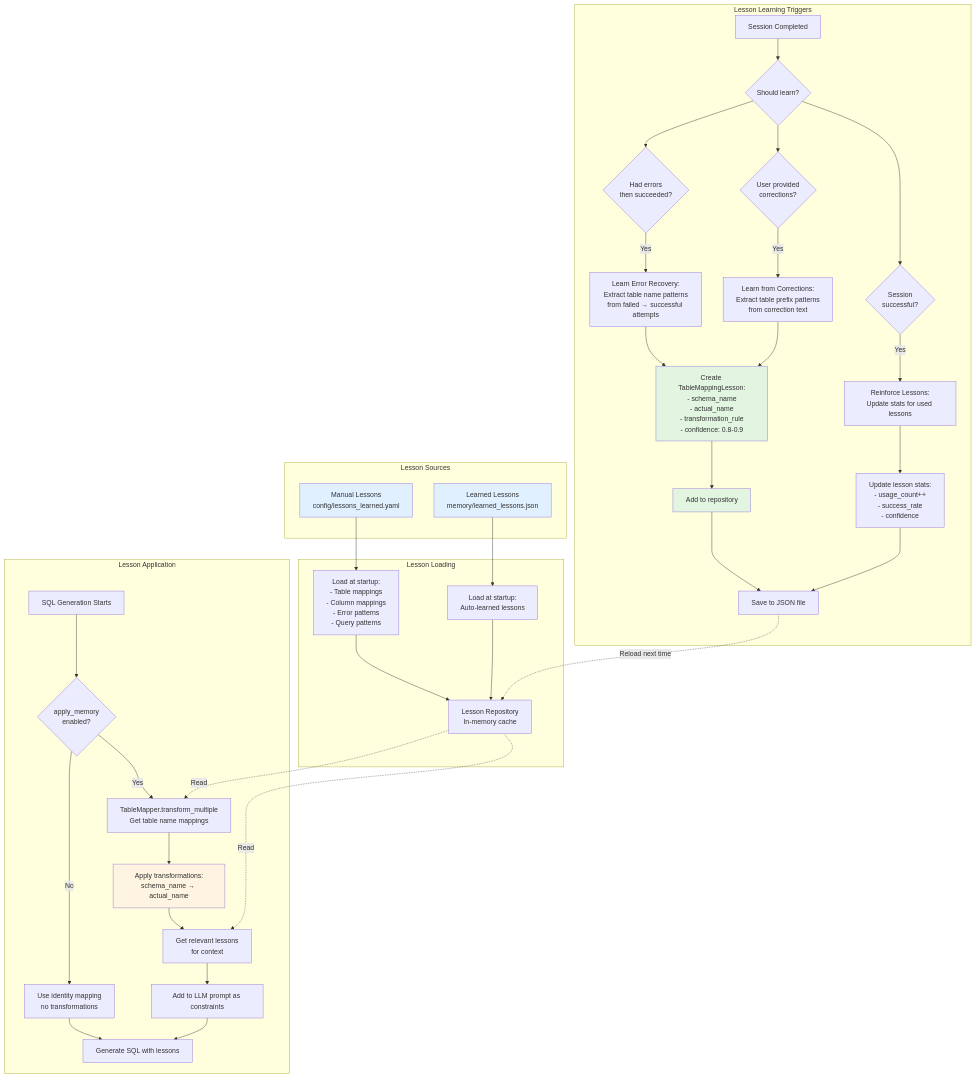
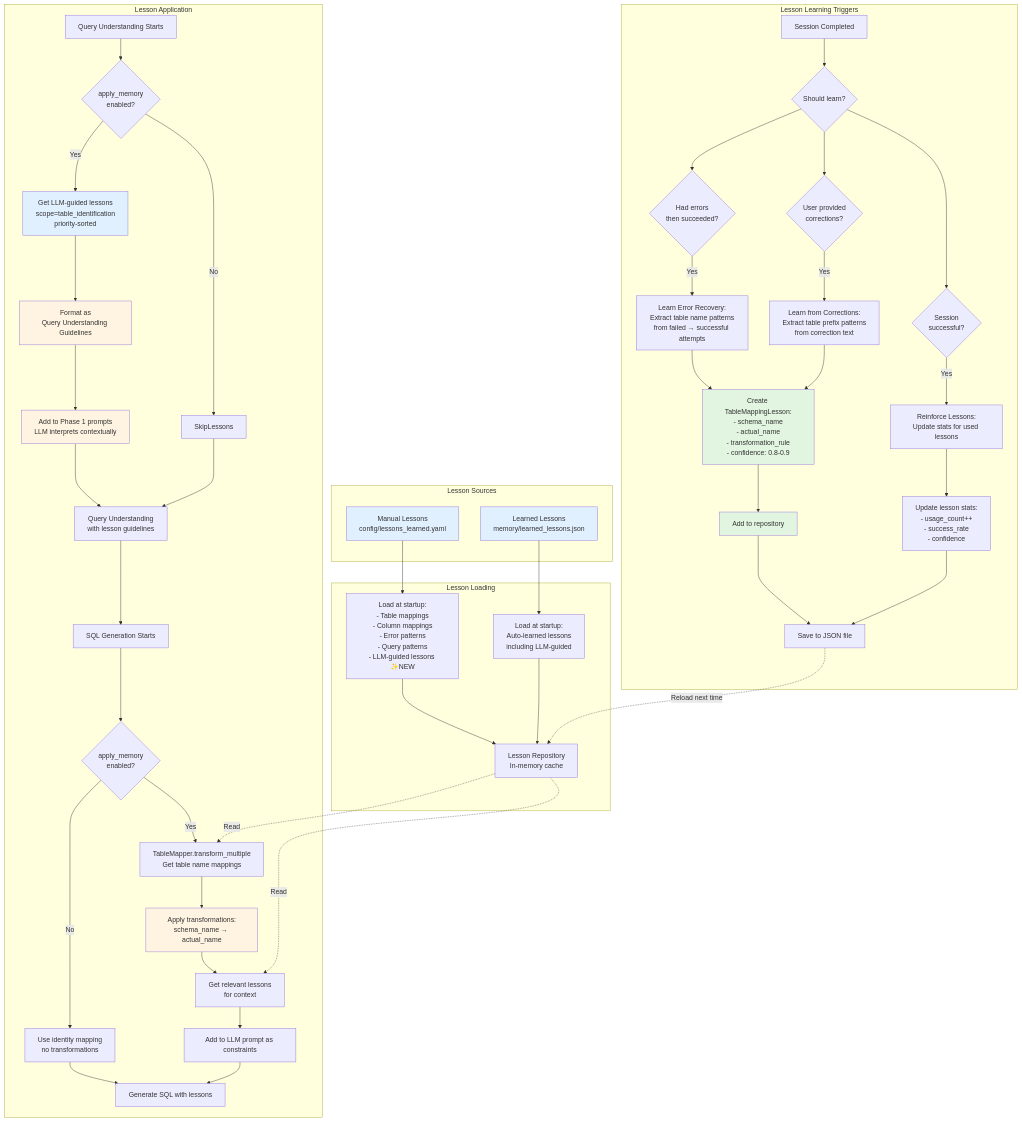
The second of 3 diagrams in WORKFLOW_DIAGRAMS.md (hjf1997/text2sql), drawn with Mermaid before and after one commit. The commit also changed other lines of this file and 22 other files, not shown here.

Commit message:
LangGraph migration and LLM-guided lesson

````diff
--- a/WORKFLOW_DIAGRAMS.md
+++ b/WORKFLOW_DIAGRAMS.md
@@ -141,55 +143,67 @@
 ```mermaid
 flowchart TD
     subgraph Sources["Lesson Sources"]
         Manual[Manual Lessons<br/>config/lessons_learned.yaml]
         Learned[Learned Lessons<br/>memory/learned_lessons.json]
     end
 
     subgraph Loading["Lesson Loading"]
-        Manual --> LoadManual[Load at startup:<br/>- Table mappings<br/>- Column mappings<br/>- Error patterns<br/>- Query patterns]
-        Learned --> LoadLearned[Load at startup:<br/>Auto-learned lessons]
+        Manual --> LoadManual[Load at startup:<br/>- Table mappings<br/>- Column mappings<br/>- Error patterns<br/>- Query patterns<br/>- LLM-guided lessons ✨NEW]
+        Learned --> LoadLearned[Load at startup:<br/>Auto-learned lessons<br/>including LLM-guided]
         LoadManual --> Repo[Lesson Repository<br/>In-memory cache]
         LoadLearned --> Repo
     end
 
     subgraph Application["Lesson Application"]
-        SQLGenStart[SQL Generation Starts] --> CheckMemory{apply_memory<br/>enabled?}
+        QUStart[Query Understanding Starts] --> CheckQUMemory{apply_memory<br/>enabled?}
+        CheckQUMemory -->|Yes| GetLLMGuided[Get LLM-guided lessons<br/>scope=table_identification<br/>priority-sorted]
+        GetLLMGuided --> FormatGuidelines[Format as<br/>Query Understanding Guidelines]
+        FormatGuidelines --> AddToQUPrompt[Add to Phase 1 prompts<br/>LLM interprets contextually]
+        CheckQUMemory -->|No| SkipLessons
+        AddToQUPrompt --> QUProcess[Query Understanding<br/>with lesson guidelines]
+        SkipLessons --> QUProcess
+
+        QUProcess --> SQLGenStart[SQL Generation Starts]
+        SQLGenStart --> CheckMemory{apply_memory<br/>enabled?}
         CheckMemory -->|Yes| GetMapping[TableMapper.transform_multiple<br/>Get table name mappings]
         GetMapping --> ApplyTransform[Apply transformations:<br/>schema_name → actual_name]
         ApplyTransform --> GetRelevant[Get relevant lessons<br/>for context]
         GetRelevant --> AddToPrompt[Add to LLM prompt as constraints]
         CheckMemory -->|No| Identity[Use identity mapping<br/>no transformations]
         Identity --> Generate
         AddToPrompt --> Generate[Generate SQL with lessons]
     end
 
     subgraph Learning["Lesson Learning Triggers"]
         SessionEnd[Session Completed] --> CheckLearning{Should learn?}
         CheckLearning --> ErrorRecovery{Had errors<br/>then succeeded?}
         ErrorRecovery -->|Yes| LearnError[Learn Error Recovery:<br/>Extract table name patterns<br/>from failed → successful attempts]
 
         CheckLearning --> UserCorrections{User provided<br/>corrections?}
         UserCorrections -->|Yes| LearnCorrection[Learn from Corrections:<br/>Extract table prefix patterns<br/>from correction text]
 
         CheckLearning --> Successful{Session<br/>successful?}
         Successful -->|Yes| Reinforce[Reinforce Lessons:<br/>Update stats for used lessons]
 
         LearnError --> CreateLesson[Create TableMappingLesson:<br/>- schema_name<br/>- actual_name<br/>- transformation_rule<br/>- confidence: 0.8-0.9]
         LearnCorrection --> CreateLesson
 
         CreateLesson --> SaveLesson[Add to repository]
         Reinforce --> UpdateStats[Update lesson stats:<br/>- usage_count++<br/>- success_rate<br/>- confidence]
         SaveLesson --> PersistJSON[Save to JSON file]
         UpdateStats --> PersistJSON
     end
 
     Repo -.->|Read| GetMapping
     Repo -.->|Read| GetRelevant
     PersistJSON -.->|Reload next time| Repo
 
     style Manual fill:#e1f0ff
     style Learned fill:#e1f0ff
     style CreateLesson fill:#e1f5e1
     style SaveLesson fill:#e1f5e1
     style ApplyTransform fill:#fff4e1
+    style GetLLMGuided fill:#e1f0ff
+    style FormatGuidelines fill:#fff4e1
+    style AddToQUPrompt fill:#fff4e1
 ```
````
